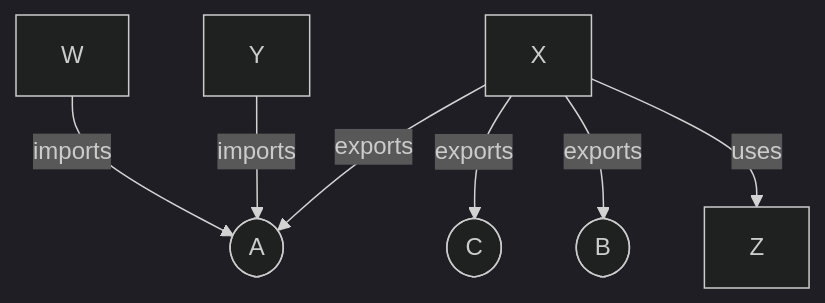
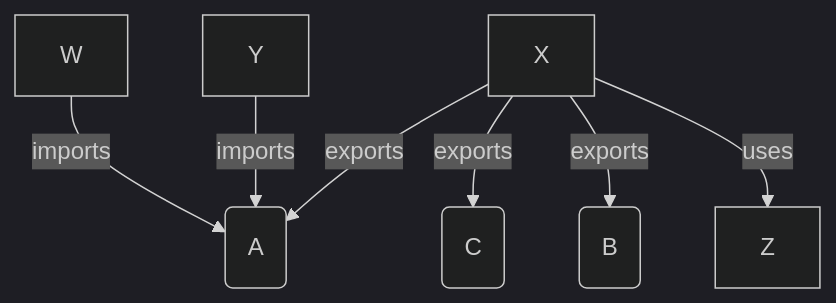
The diagram in m/modularisation.md (maglocvnus/data), drawn with Mermaid (dark theme) before and after one commit.

Commit message:
Refactor function references in modularisation.md
Updated the references for functions a, b, and c to remove brackets.

````diff
--- a/m/modularisation.md
+++ b/m/modularisation.md
@@ -13,17 +13,17 @@
 ```mermaid
 graph TD
   x[X]
   y[Y]
   z[Z]
   w[W]
-  a([A])
-  b([B])
-  c([C])
+  a(A)
+  b(B)
+  c(C)
   x -- uses --> z
   w -- imports --> a
   y -- imports --> a
   x -- exports --> a
   x -- exports --> b
   x -- exports --> c
 
 ```
````
